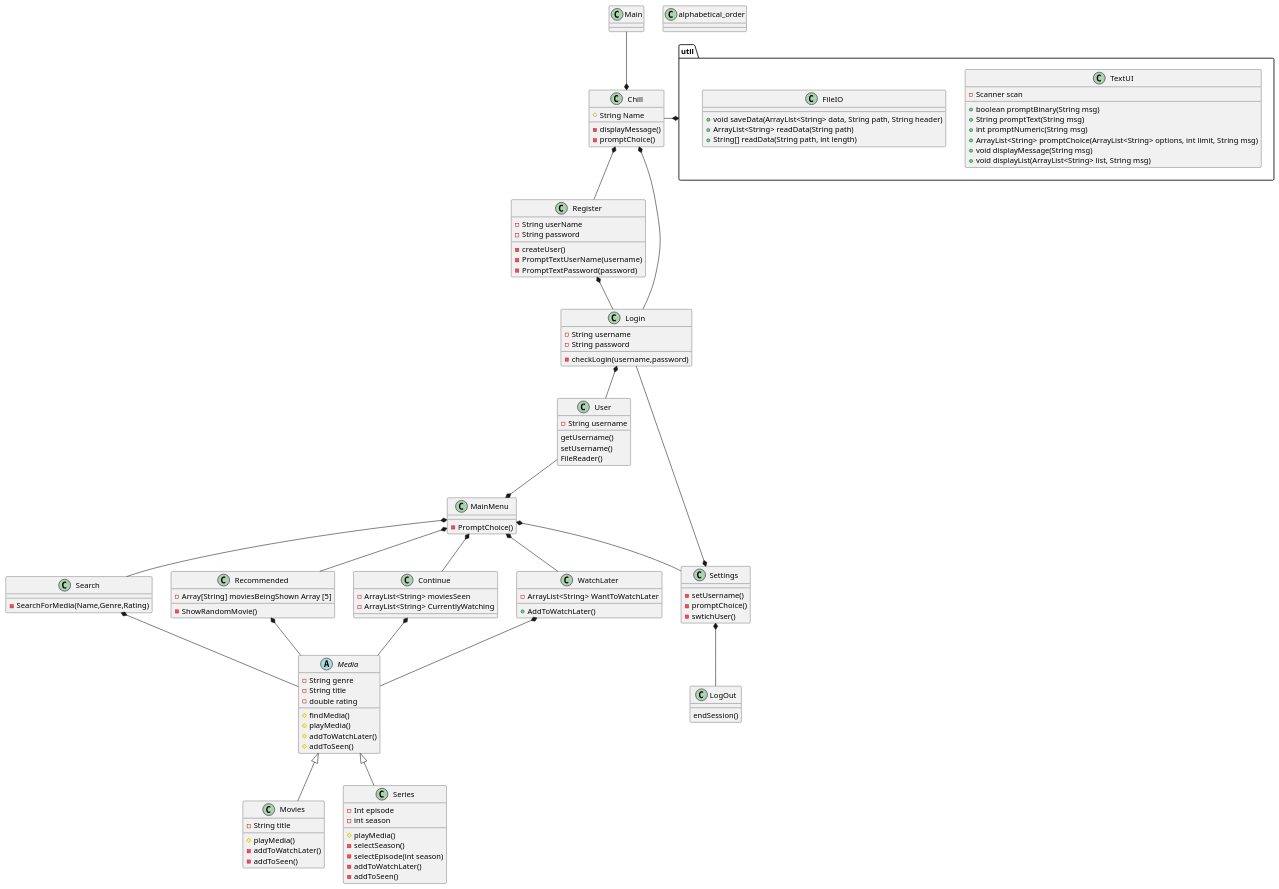
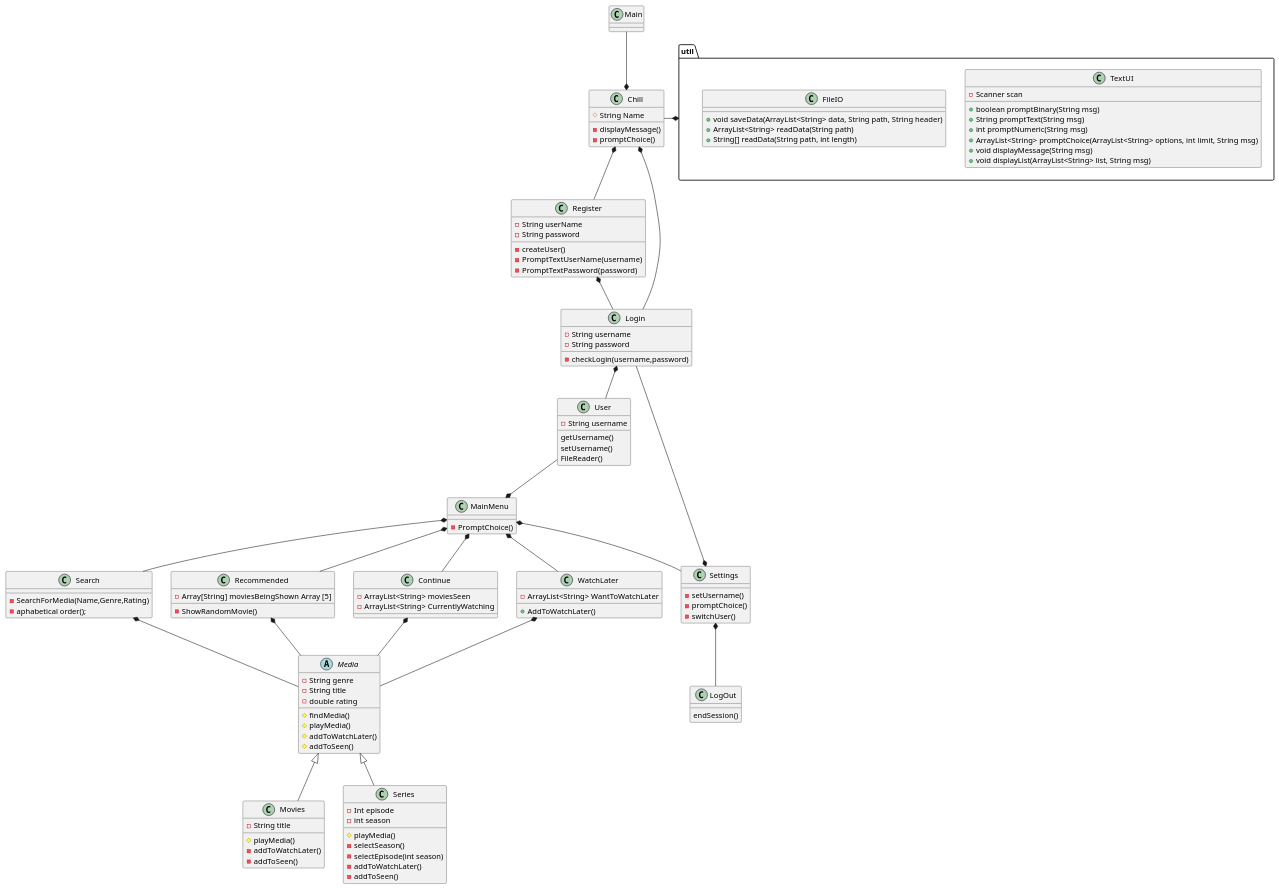
Before and after one commit to DannyShayH/SP3: the diagram in plan/doc/Chill_Class_v.0.puml, drawn with PlantUML. The commit also changed 2 other files, not shown here.

Commit message:
New ClassDiagram and

```diff
--- a/plan/doc/Chill_Class_v.0.puml
+++ b/plan/doc/Chill_Class_v.0.puml
@@ -1,147 +1,147 @@
 @startuml
 'https://plantuml.com/class-diagram
 
 class Main
 class Register
 class Login
 class MainMenu
 class Search
 class Recommended
 class Continue
 abstract class  Media
 class WatchLater
 class Movies
 class Series
 class LogOut
 class Settings
 class User
 Login*-- User
 Chill *-- Register
 Chill *-- Login
 Register *-- Login
 
 MainMenu *-- Search
 MainMenu *-- Recommended
 MainMenu *-- WatchLater
 MainMenu *-- Continue
 Search *-- Media
 Recommended *-- Media
 WatchLater  *-- Media
 Continue *-- Media
 Media <|-- Movies
 Media <|--Series
 MainMenu *-- Settings
 Settings *-- LogOut
 Settings *-- Login
 Main --* Chill
 class Chill{
 #String Name
 
 }
 abstract class Media{
 -String genre
 -String title
 -double rating
 #findMedia()
 #playMedia()
 #addToWatchLater()
 #addToSeen()
 }
 class Series{
 -Int episode
 -int season
 #playMedia()
 -selectSeason()
 -selectEpisode(int season)
 -addToWatchLater()
 -addToSeen()
 }
 class Movies{
 - String title
 # playMedia()
 - addToWatchLater()
 - addToSeen()
 }
 
 class User{
 - String username
 getUsername()
 setUsername()
 FileReader()
 
 }
 class MainMenu {
 -PromptChoice()
 }
 class Search{
 -SearchForMedia(Name,Genre,Rating)
+-aphabetical order();
 }
 class Recommended {
 - Array[String] moviesBeingShown Array [5]
 -ShowRandomMovie()
 }
-class alphabetical_order
 class Register{
 -String userName
 -String password
 
 -createUser()
 -PromptTextUserName(username)
 -PromptTextPassword(password)
 }
 class Continue{
 -ArrayList<String> moviesSeen
 -ArrayList<String> CurrentlyWatching
 
 }
 class WatchLater{
 -ArrayList<String> WantToWatchLater
 +AddToWatchLater()
 }
 
 class LogOut{
 endSession()
 }
 class Chill{
 -displayMessage()
 -promptChoice()
 }
 
 
 
 
 
 class Login{
 -String username
 -String password
 -checkLogin(username,password)
 
 }
 
 class Settings{
 -setUsername()
 -promptChoice()
--swtichUser()
+-switchUser()
 }
 
 
 package "util"{
 class TextUI{
 - Scanner scan
 + boolean promptBinary(String msg)
 + String promptText(String msg)
 + int promptNumeric(String msg)
 + ArrayList<String> promptChoice(ArrayList<String> options, int limit, String msg)
 + void displayMessage(String msg)
 + void displayList(ArrayList<String> list, String msg)
 }
 class FileIO{
 + void saveData(ArrayList<String> data, String path, String header)
 + ArrayList<String> readData(String path)
 + String[] readData(String path, int length)
 }
 }
 Chill -right-* "util"
 User -down-* MainMenu
 
 @enduml
```
